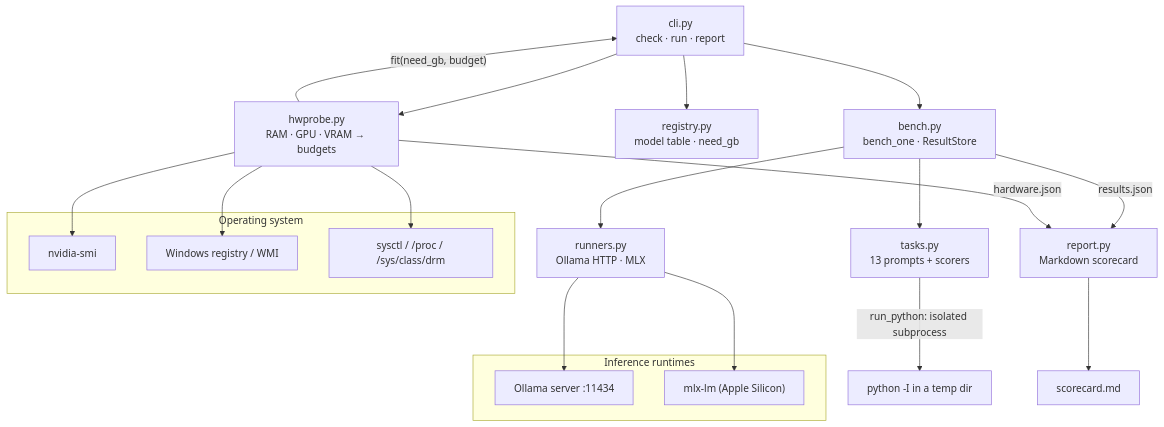
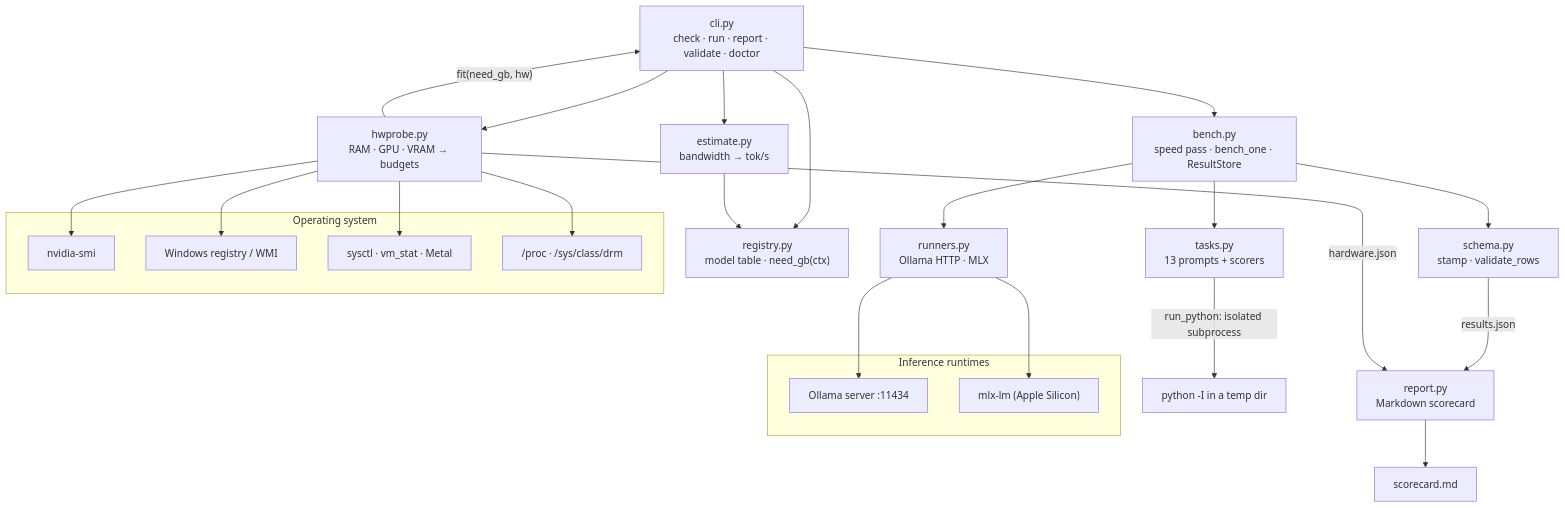
One commit to Technical-1/local-llm-bench changed the diagram in .portfolio/architecture.md. Above: the diagram before and after it, drawn with Mermaid. The commit also changed other lines of this file and 3 other files, not shown here.

````diff
--- a/.portfolio/architecture.md
+++ b/.portfolio/architecture.md
@@ -5,34 +5,39 @@
 ```mermaid
 flowchart TD
-    CLI["cli.py<br/>check · run · report"]
+    CLI["cli.py<br/>check · run · report · validate · doctor"]
     HW["hwprobe.py<br/>RAM · GPU · VRAM → budgets"]
-    REG["registry.py<br/>model table · need_gb"]
+    REG["registry.py<br/>model table · need_gb(ctx)"]
+    EST["estimate.py<br/>bandwidth → tok/s"]
     RUN["runners.py<br/>Ollama HTTP · MLX"]
     TASKS["tasks.py<br/>13 prompts + scorers"]
-    BENCH["bench.py<br/>bench_one · ResultStore"]
+    BENCH["bench.py<br/>speed pass · bench_one · ResultStore"]
+    SCHEMA["schema.py<br/>stamp · validate_rows"]
     REPORT["report.py<br/>Markdown scorecard"]
 
     subgraph OS["Operating system"]
         SMI["nvidia-smi"]
         WREG["Windows registry / WMI"]
-        SYSCTL["sysctl / /proc / /sys/class/drm"]
+        MAC["sysctl · vm_stat · Metal"]
+        LNX["/proc · /sys/class/drm"]
     end
 
     subgraph RT["Inference runtimes"]
         OLLAMA["Ollama server :11434"]
         MLX["mlx-lm (Apple Silicon)"]
     end
 
     CLI --> HW
-    HW --> SMI & WREG & SYSCTL
-    CLI --> REG
-    HW -- "fit(need_gb, budget)" --> CLI
+    HW --> SMI & WREG & MAC & LNX
+    CLI --> REG & EST
+    EST --> REG
+    HW -- "fit(need_gb, hw)" --> CLI
     CLI --> BENCH
     BENCH --> RUN
     RUN --> OLLAMA & MLX
     BENCH --> TASKS
     TASKS -- "run_python: isolated subprocess" --> PY["python -I in a temp dir"]
-    BENCH -- "results.json" --> REPORT
+    BENCH --> SCHEMA
+    SCHEMA -- "results.json" --> REPORT
     HW -- "hardware.json" --> REPORT
     REPORT --> MD["scorecard.md"]
 ```
````
